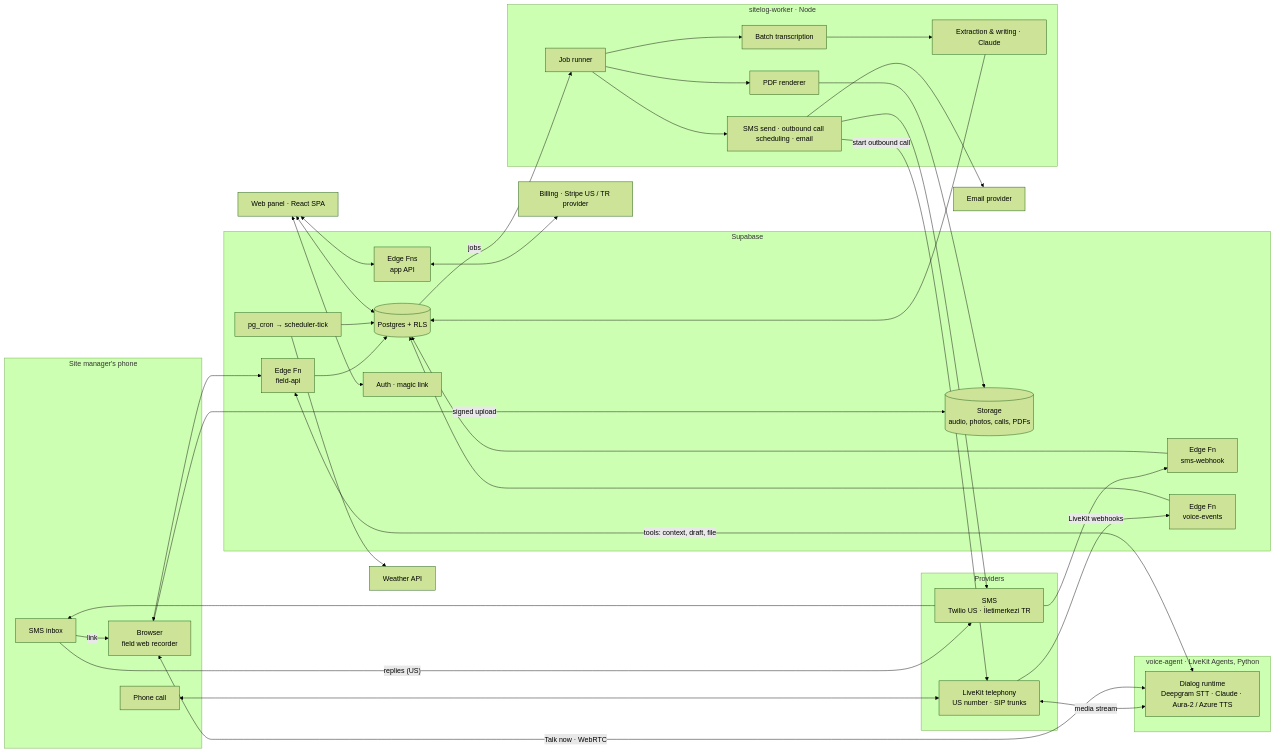
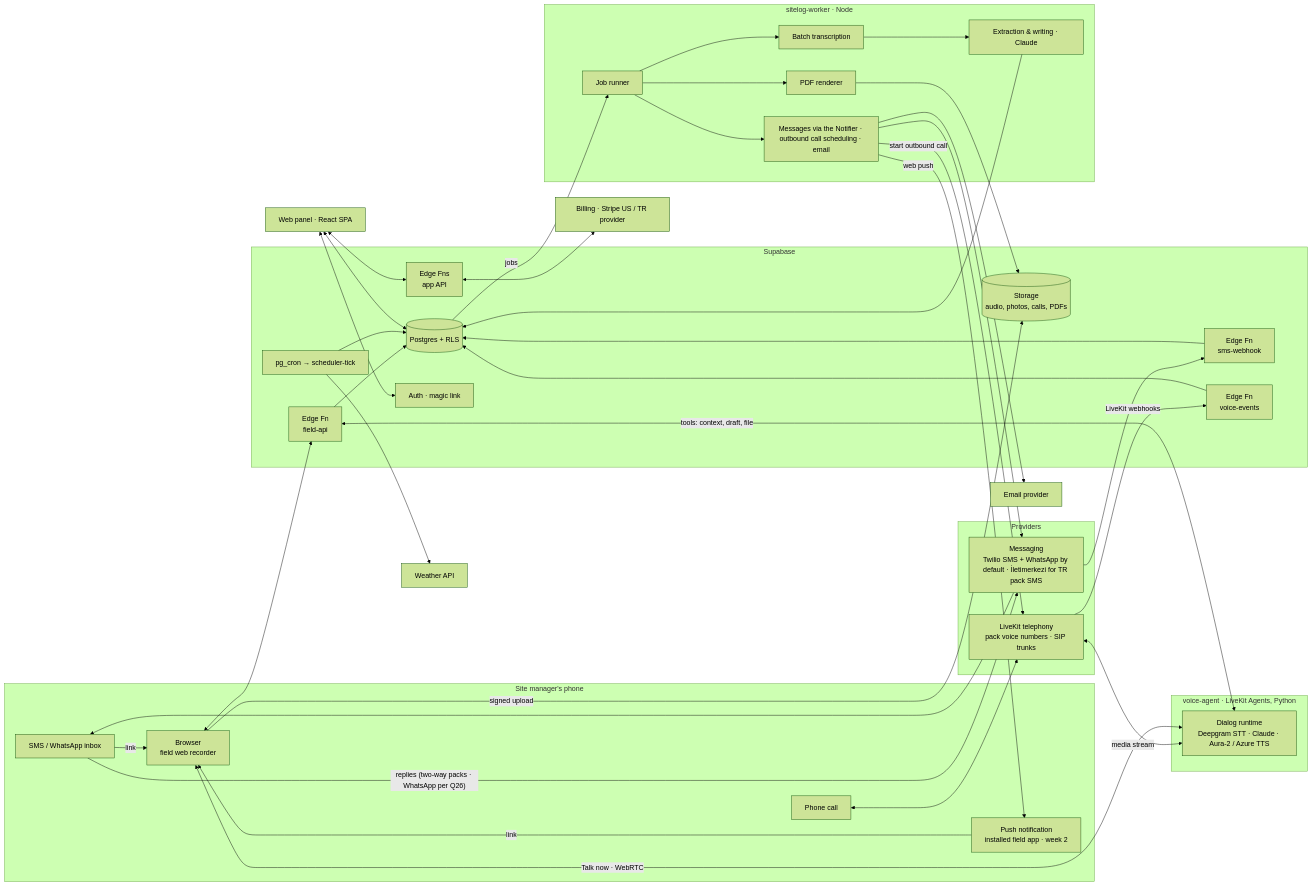
The first of 5 diagrams in docs/SITELOG_SPEC.md (ErtanNNC/SiteLog), drawn with Mermaid (forest theme) before and after one commit. The commit also changed other lines of this file and 9 other files, not shown here.

````diff
--- a/docs/SITELOG_SPEC.md
+++ b/docs/SITELOG_SPEC.md
@@ -172,63 +174,66 @@
 ```mermaid
 flowchart LR
   subgraph Field[Site manager's phone]
-    SMSAPP[SMS inbox]
+    MSGAPP[SMS / WhatsApp inbox]
+    PUSHN[Push notification<br/>installed field app · week 2]
     BROWSER[Browser<br/>field web recorder]
     DIALER[Phone call]
   end
   subgraph Providers
-    SMSP[SMS<br/>Twilio US · İletimerkezi TR]
-    TEL[LiveKit telephony<br/>US number · SIP trunks]
+    SMSP[Messaging<br/>Twilio SMS + WhatsApp by default · İletimerkezi for TR pack SMS]
+    TEL[LiveKit telephony<br/>pack voice numbers · SIP trunks]
   end
   subgraph Voice[voice-agent · LiveKit Agents, Python]
     VA[Dialog runtime<br/>Deepgram STT · Claude · Aura-2 / Azure TTS]
   end
   subgraph Supabase
     SMSWH[Edge Fn<br/>sms-webhook]
     CALLWH[Edge Fn<br/>voice-events]
     FAPI[Edge Fn<br/>field-api]
     DB[(Postgres + RLS)]
     ST[(Storage<br/>audio, photos, calls, PDFs)]
     CRON[pg_cron → scheduler-tick]
     API[Edge Fns<br/>app API]
     AUTH[Auth · magic link]
   end
   subgraph Worker[sitelog-worker · Node]
     Q[Job runner]
     TR[Batch transcription]
     EX[Extraction & writing · Claude]
     PDF[PDF renderer]
-    OUT[SMS send · outbound call scheduling · email]
+    OUT[Messages via the Notifier · outbound call scheduling · email]
   end
   WEB[Web panel · React SPA]
   WX[Weather API]
   EM[Email provider]
   PAY[Billing · Stripe US / TR provider]
 
-  SMSP --> SMSAPP
-  SMSAPP -- link --> BROWSER
+  SMSP --> MSGAPP
+  MSGAPP -- link --> BROWSER
+  PUSHN -- link --> BROWSER
   BROWSER <--> FAPI
   BROWSER -- signed upload --> ST
   DIALER <--> TEL
   TEL <-- media stream --> VA
   BROWSER <-- Talk now · WebRTC --> VA
   TEL -- LiveKit webhooks --> CALLWH
   VA <-- tools: context, draft, file --> FAPI
-  SMSAPP -- replies (US) --> SMSP --> SMSWH
+  MSGAPP -- replies (two-way packs · WhatsApp per Q26) --> SMSP --> SMSWH
   SMSWH --> DB
   CALLWH --> DB
   FAPI --> DB
   DB -- jobs --> Q
   Q --> TR --> EX --> DB
   Q --> PDF --> ST
   Q --> OUT
   OUT --> SMSP
+  OUT -- web push --> PUSHN
   OUT -- start outbound call --> TEL
   OUT --> EM
   CRON --> DB
   CRON --> WX
   WEB <--> AUTH
   WEB <--> DB
   WEB <--> API
   API <--> PAY
 ```
````
